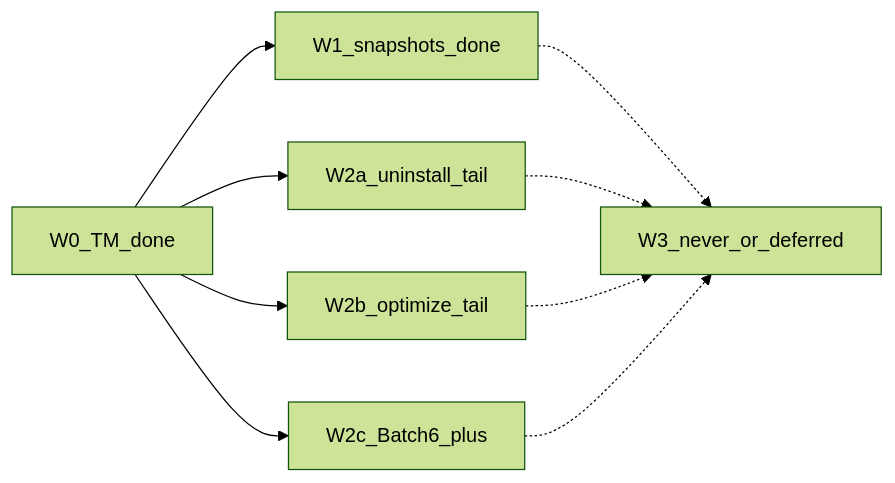
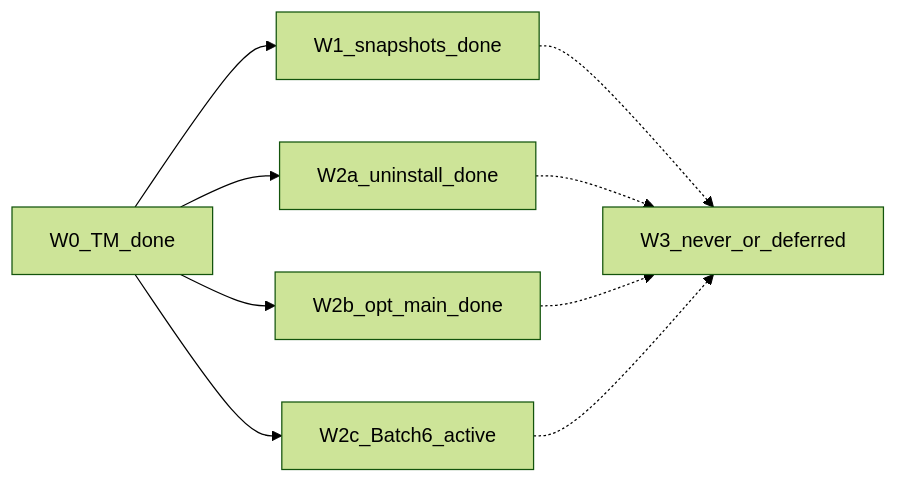
One commit to wukongnotnull/vole changed the diagram in docs/wukong-code/specs/2026-08-08-0119-mole-parity-roadmap-design.md. Above: the diagram before and after it, drawn with Mermaid (forest theme). The commit also changed other lines of this file, not shown here.

First line of the commit message:
docs: reopen Batch6 must-do on Mole parity roadmap

````diff
--- a/docs/wukong-code/specs/2026-08-08-0119-mole-parity-roadmap-design.md
+++ b/docs/wukong-code/specs/2026-08-08-0119-mole-parity-roadmap-design.md
@@ -16,17 +18,17 @@
 ```mermaid
 flowchart LR
   W0[W0_TM_done]
   W1[W1_snapshots_done]
-  W2a[W2a_uninstall_tail]
-  W2b[W2b_optimize_tail]
-  W2c[W2c_Batch6_plus]
+  W2a[W2a_uninstall_done]
+  W2b[W2b_opt_main_done]
+  W2c[W2c_Batch6_active]
   W3[W3_never_or_deferred]
   W0 --> W1
   W0 --> W2a
   W0 --> W2b
   W0 --> W2c
   W1 -.-> W3
   W2a -.-> W3
   W2b -.-> W3
   W2c -.-> W3
 ```
````
